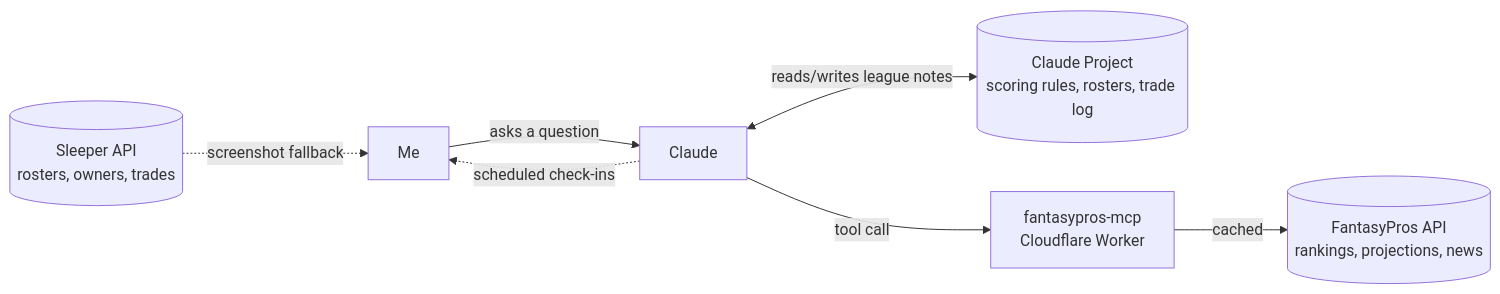
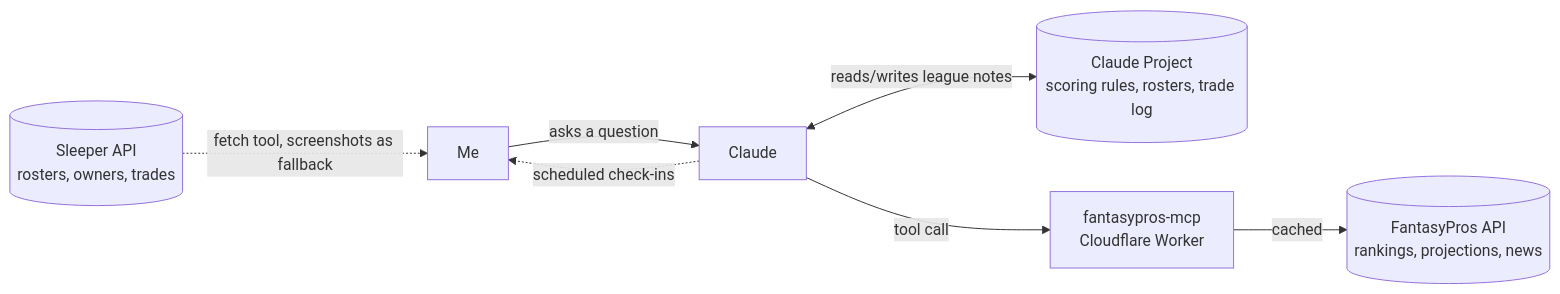
The first of 2 diagrams in content/posts/fantasy-football-ai.md (dwooods/dwooods.github.io), drawn with Mermaid before and after one commit.

Commit message:
Fantasy football post: relabel Sleeper arrow in diagram to match the fetch-tool text
Claude-Session: https://claude.ai/code/session_01NELQZkmvArBYZNTXNGxiFr

````diff
--- a/content/posts/fantasy-football-ai.md
+++ b/content/posts/fantasy-football-ai.md
@@ -62,9 +62,9 @@
 ```mermaid
 graph LR
-    Sleeper[(Sleeper API<br/>rosters, owners, trades)] -. screenshot fallback .-> Me
+    Sleeper[(Sleeper API<br/>rosters, owners, trades)] -. fetch tool, screenshots as fallback .-> Me
     Me[Me] -->|asks a question| Claude[Claude]
     Claude <-->|reads/writes league notes| Project[(Claude Project<br/>scoring rules, rosters, trade log)]
     Claude -->|tool call| MCP[fantasypros-mcp<br/>Cloudflare Worker]
     MCP -->|cached| FP[(FantasyPros API<br/>rankings, projections, news)]
     Claude -. scheduled check-ins .-> Me
 ```
````
